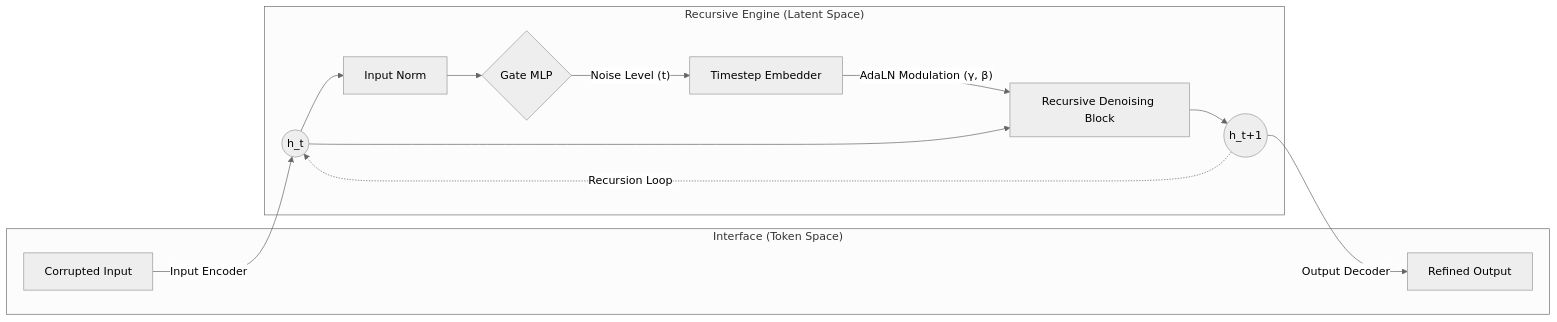
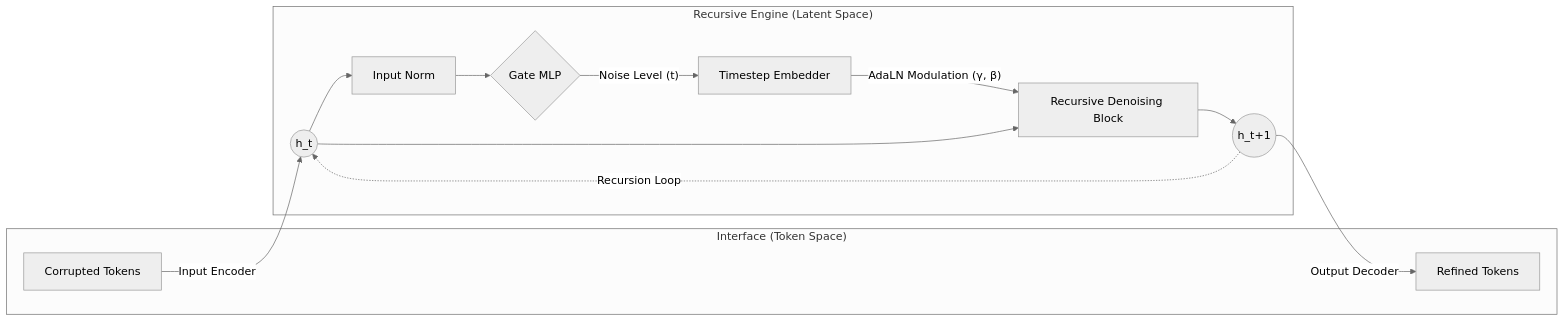
One commit to YeoJune/RDT changed the diagram in README.md. Above: the diagram before and after it, drawn with Mermaid (neutral theme). The commit also changed other lines of this file, not shown here.

First line of the commit message:
Revise README for clarity on RDT architecture

````diff
--- a/README.md
+++ b/README.md
@@ -31,22 +33,22 @@
 ```mermaid
 graph LR
     subgraph "Interface (Token Space)"
-        Input[Corrupted Input]
-        Output[Refined Output]
+        Input[Corrupted Tokens]
+        Output[Refined Tokens]
     end
 
     subgraph "Recursive Engine (Latent Space)"
         H_in((h_t)) --> Norm[Input Norm]
         Norm --> Gate{Gate MLP}
         
         Gate --"Noise Level (t)"--> Time[Timestep Embedder]
         Time --"AdaLN Modulation (γ, β)"--> Block[Recursive Denoising Block]
         
         H_in --> Block
         Block --> H_out((h_t+1))
     end
 
     Input --"Input Encoder"--> H_in
     H_out --"Output Decoder"--> Output
     H_out -."Recursion Loop".-> H_in
 ```
````
